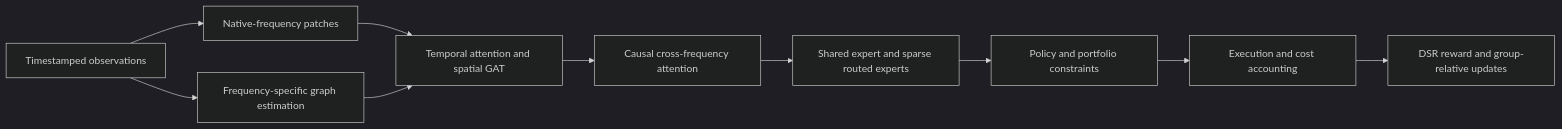
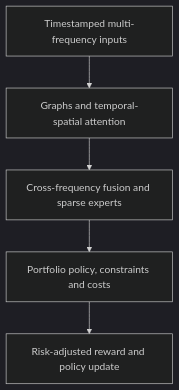
The diagram in README.md (Soros2040/Alex-Fin), drawn with Mermaid (dark theme) before and after one commit. The commit also changed 1 other file, not shown here.

Commit message:
Make homepage architecture overviews easier to read

````diff
--- a/README.md
+++ b/README.md
@@ -33,12 +33,7 @@
 ```mermaid
-flowchart LR
-    A[Timestamped observations] --> B[Native-frequency patches]
-    A --> C[Frequency-specific graph estimation]
-    B --> D[Temporal attention and spatial GAT]
-    C --> D
-    D --> E[Causal cross-frequency attention]
-    E --> F[Shared expert and sparse routed experts]
-    F --> G[Policy and portfolio constraints]
-    G --> H[Execution and cost accounting]
-    H --> I[DSR reward and group-relative updates]
+flowchart TB
+    A[Timestamped multi-frequency inputs] --> B[Graphs and temporal-spatial attention]
+    B --> C[Cross-frequency fusion and sparse experts]
+    C --> D[Portfolio policy, constraints and costs]
+    D --> E[Risk-adjusted reward and policy update]
 ```
````
